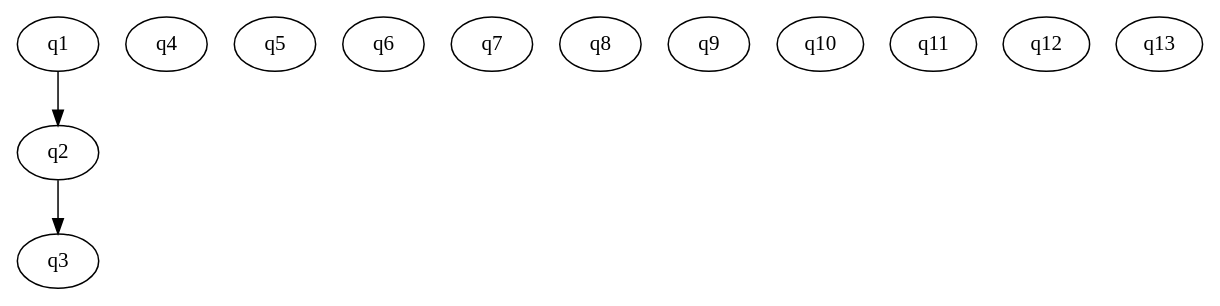
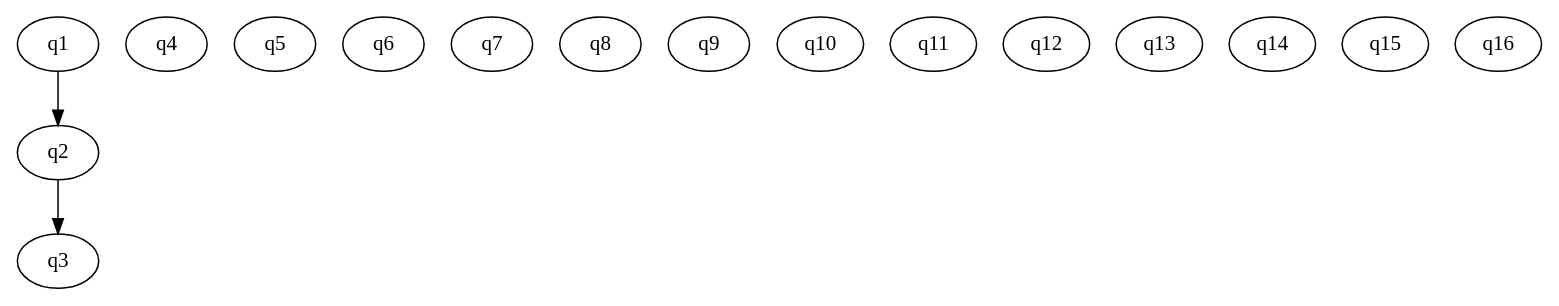
Before and after one commit to cdurden/algebra742: the diagram in algebra742live/content/question_digraphs/ch5.dot, drawn with Graphviz. The commit also changed 3 other files, not shown here.

```diff
--- a/algebra742live/content/question_digraphs/ch5.dot
+++ b/algebra742live/content/question_digraphs/ch5.dot
@@ -1,17 +1,20 @@
 digraph ch5 {
   start=q1;
   q1 [class="Question.SolutionQuestion",params="{'statement': 'x+3>70'}"];
   q2 [class="Question.SolutionQuestion",params="{'statement': 'x+3<70'}"];
   q3 [class="Question.SolutionQuestion",params="{'statement': '5x<2'}"];
   q4 [class="Question.SolutionQuestion",params="{'statement': '-5x<2'}"];
   q5 [class="Question.NonSolutionQuestion",params="{'statement': 'x+3>70'}"];
   q6 [class="Question.NonSolutionQuestion",params="{'statement': 'x+3<70'}"];
   q7 [class="Question.NonSolutionQuestion",params="{'statement': '5x<2'}"];
   q8 [class="Question.NonSolutionQuestion",params="{'statement': '-5x<2'}"];
   q9 [class="Question.SolutionQuestion",params="{'statement': '-3x>18'}"];
   q10 [class="Question.OpenEndedQuestion",params="{'Question': 'How are the solutions to the inequality $-3x \\ge 18$ different from the solutions to $-3x>18$? Explain your reasoning.'}"];
   q11 [class="Question.AsyGraphicsDrawingQuestion",params="{'template': 'NumberLine.asy', 'min':'-8', 'max':'8', 'Question': 'Where are $-5$ and $2$ relative to each other?'}"];
   q12 [class="Question.DotGraphicsQuestion",params="{'template': 'ch5.dot'}"];
   q13 [class="Question.MultiPartQuestion",params="{'parts': [{'class':'Question.SolutionQuestion', 'params': {'statement': 'x+3>70'}}, {'class':'Question.SolutionQuestion', 'params': {'statement': 'x+3<70'}}, {'class':'Question.SolutionQuestion', 'params': {'statement': '5x<2'}}, {'class':'Question.SolutionQuestion', 'params': {'statement': '-5x<2'}}]}"];
+  q14 [class="Question.AsyGraphicsDrawingQuestion",params="{'template': 'NumberLine.asy', 'min':'-3', 'max':'8', 'Question': ''}"];
+  q15 [class="Question.AsyGraphicsDrawingQuestion",params="{'template': 'NumberLine.asy', 'min':'-3', 'max':'20', 'Question': ''}"];
+  q16 [class="Question.AsyGraphicsDrawingQuestion",params="{'template': 'NumberLine.asy', 'min':'-3', 'max':'10', 'Question': ''}"];
   q1 -> q2 -> q3;
 }
```
